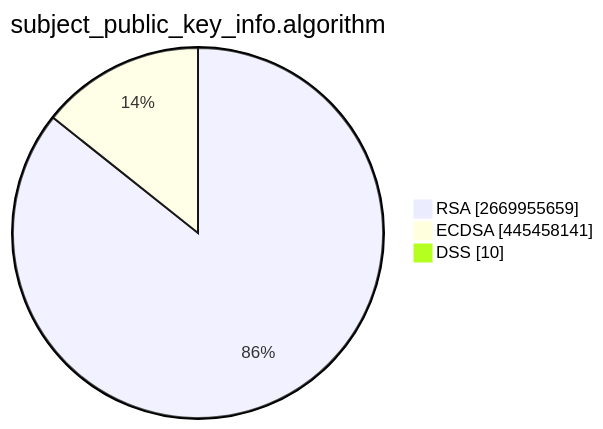
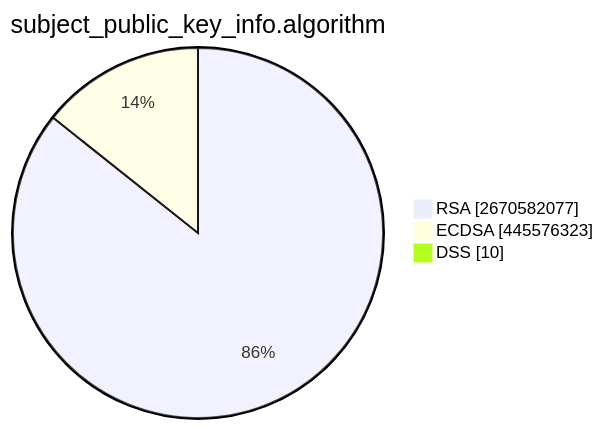
The second of 15 diagrams in TOTAL/README.md (christiankrug/ctmonitor_visualization), drawn with Mermaid before and after one commit. The commit also changed other lines of this file, not shown here.

````diff
--- a/TOTAL/README.md
+++ b/TOTAL/README.md
@@ -6,7 +6,7 @@
 ```mermaid
 pie showData
 title subject_public_key_info.algorithm
-"RSA" :2669955659
-"ECDSA" :445458141
+"RSA" :2670582077
+"ECDSA" :445576323
 "DSS" :10
 ```
````
